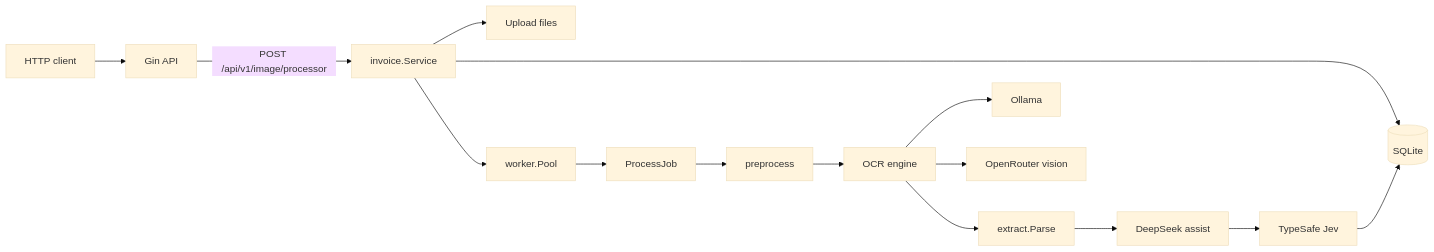
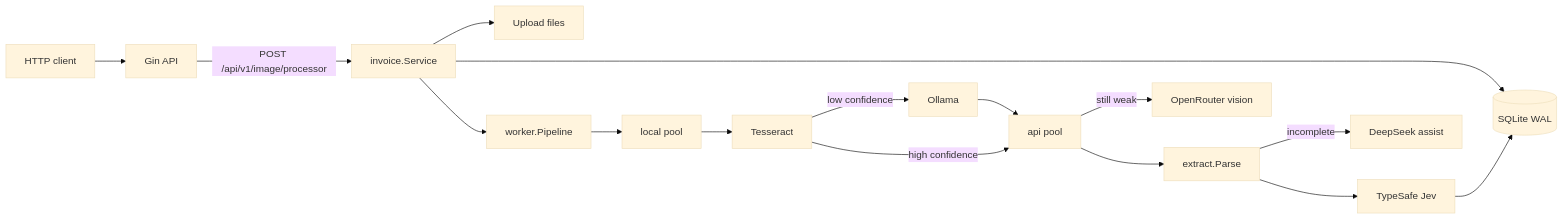
The diagram in README.md (koller-nexus/invoice-ocr-poc), drawn with Mermaid (base theme) before and after one commit. The commit also changed other lines of this file and 45 other files, not shown here.

Commit message:
feat: refactor architecture

````diff
--- a/README.md
+++ b/README.md
@@ -11,17 +13,18 @@
 ```mermaid
 flowchart LR
   client[HTTP client] --> gin[Gin API]
   gin -->|"POST /api/v1/image/processor"| svc[invoice.Service]
   svc --> disk[Upload files]
-  svc --> db[(SQLite)]
-  svc --> pool[worker.Pool]
-  pool --> job[ProcessJob]
-  job --> prep[preprocess]
-  prep --> ocr[OCR engine]
-  ocr --> ollama[Ollama]
-  ocr --> orVision[OpenRouter vision]
-  ocr --> parse[extract.Parse]
-  parse --> assist[DeepSeek assist]
-  assist --> jev[TypeSafe Jev]
+  svc --> db[(SQLite WAL)]
+  svc --> pipe[worker.Pipeline]
+  pipe --> local[local pool]
+  local --> tess[Tesseract]
+  tess -->|low confidence| ollama[Ollama]
+  tess -->|high confidence| api[api pool]
+  ollama --> api
+  api -->|still weak| orVision[OpenRouter vision]
+  api --> parse[extract.Parse]
+  parse -->|incomplete| assist[DeepSeek assist]
+  parse --> jev[TypeSafe Jev]
   jev --> db
 ```
````
